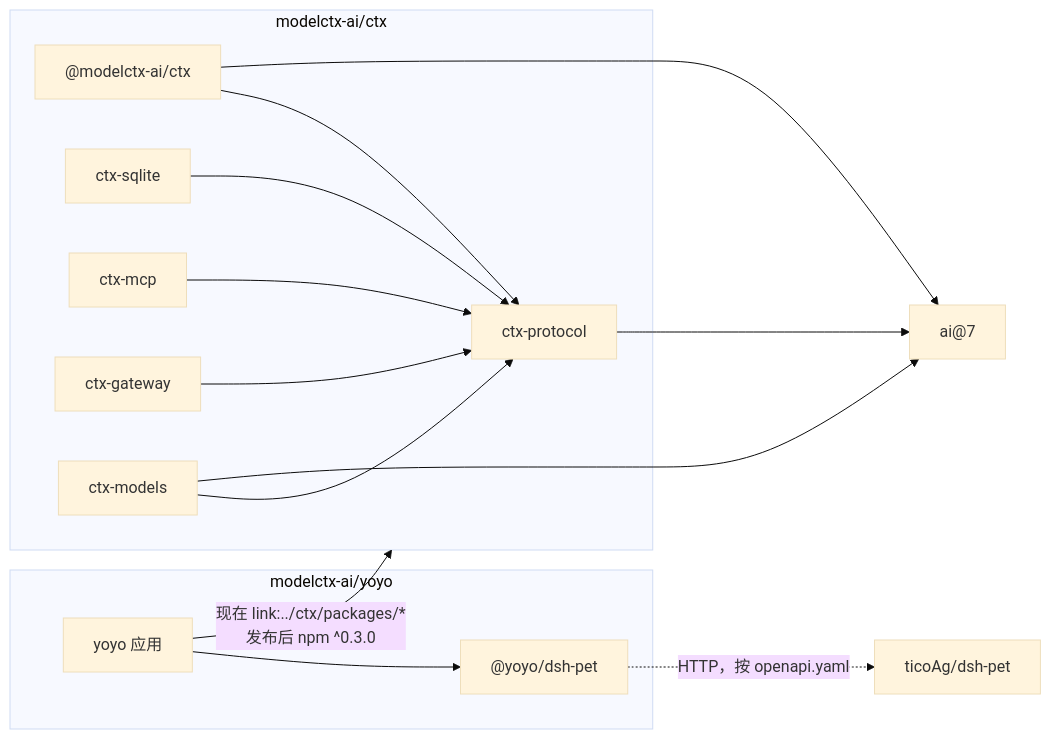
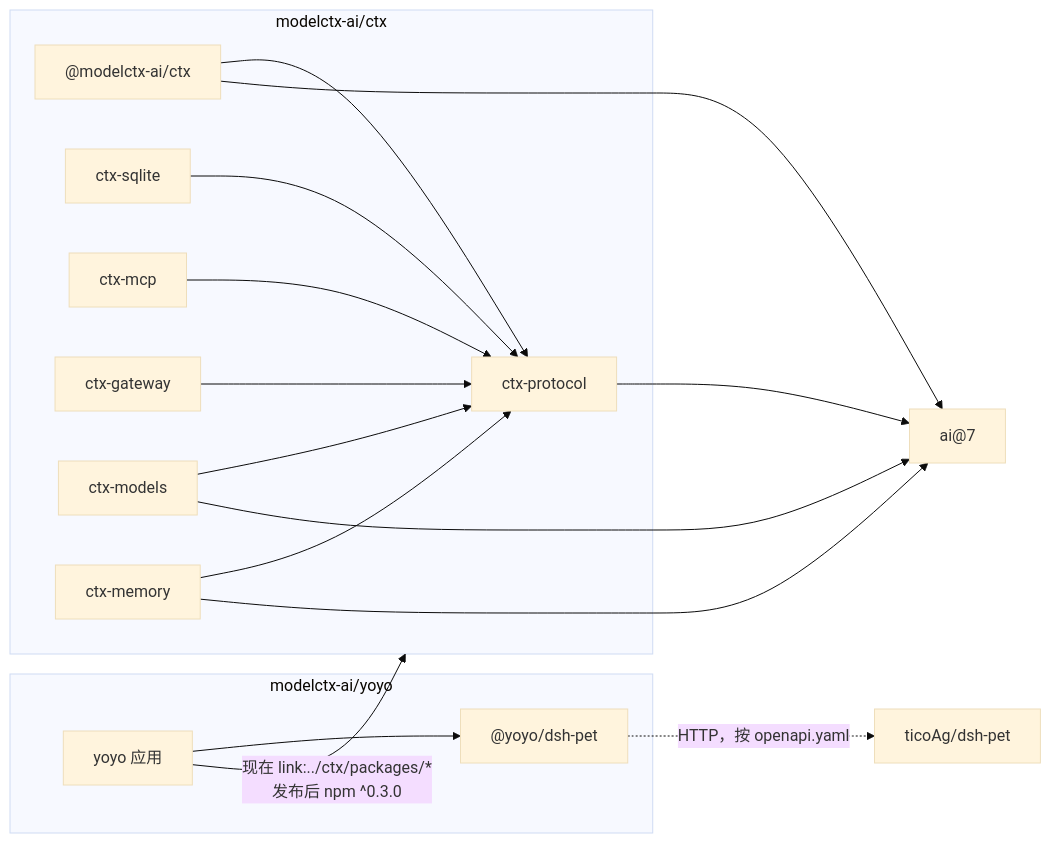
One commit to modelctx-ai/ctx changed the first of 2 diagrams in docs/repos.md. Above: the diagram before and after it, drawn with Mermaid (base theme). The commit also changed other lines of this file and 1 other file, not shown here.

````diff
--- a/docs/repos.md
+++ b/docs/repos.md
@@ -48,19 +37,21 @@
 ```mermaid
 flowchart LR
   subgraph ctxrepo["modelctx-ai/ctx"]
     protocol["ctx-protocol"]
     core["@modelctx-ai/ctx"] --> protocol
     sqlite["ctx-sqlite"] --> protocol
     mcp["ctx-mcp"] --> protocol
     gateway["ctx-gateway"] --> protocol
     models["ctx-models"] --> protocol
+    memory["ctx-memory"] --> protocol
   end
   subgraph yoyorepo["modelctx-ai/yoyo"]
     app["yoyo 应用"] --> client["@yoyo/dsh-pet"]
   end
   app -- "现在 link:../ctx/packages/*<br/>发布后 npm ^0.3.0" --> ctxrepo
   protocol --> ai["ai@7"]
   core --> ai
   models --> ai
+  memory --> ai
   client -. "HTTP，按 openapi.yaml" .-> pet["ticoAg/dsh-pet"]
 ```
````
